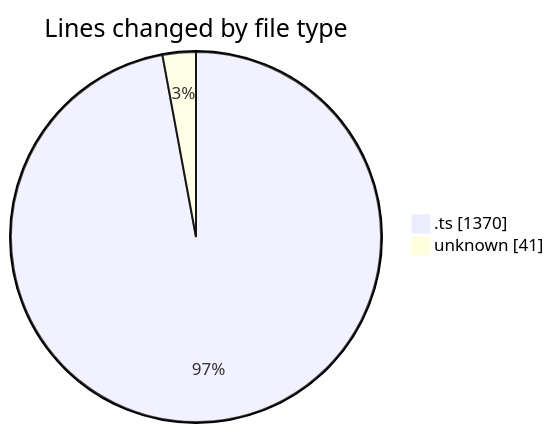
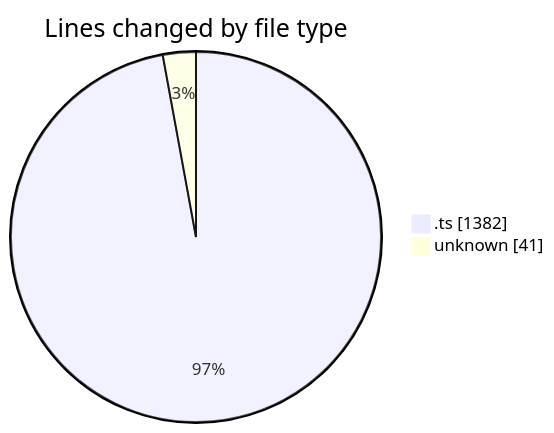
The first of 2 diagrams in 2025-08-11/cda/README.md (momahboobian/code-tracking), drawn with Mermaid before and after one commit. The commit also changed other lines of this file and 1 other file, not shown here.

````diff
--- a/2025-08-11/cda/README.md
+++ b/2025-08-11/cda/README.md
@@ -24,6 +24,6 @@
 ```mermaid
 pie showData
 title Lines changed by file type
-".ts" : 1370
+".ts" : 1382
 "unknown" : 41
 ```
````
